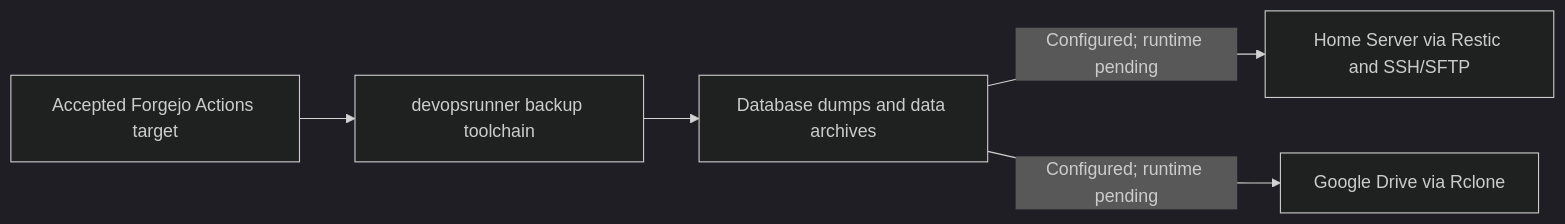
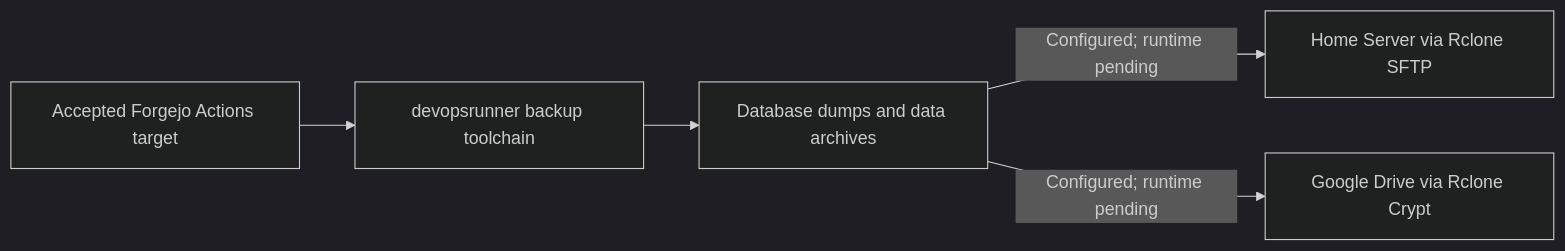
One commit to yongxinL/servicehub changed the seventh of 7 diagrams in docs/architecture/DATA-FLOW.md. Above: the diagram before and after it, drawn with Mermaid (dark theme). The commit also changed other lines of this file and 10 other files, not shown here.

Commit message:
docs(backup): revise ADR-007 to Rclone-only dual-target replication and purge Restic from docs

````diff
--- a/docs/architecture/DATA-FLOW.md
+++ b/docs/architecture/DATA-FLOW.md
@@ -158,7 +158,7 @@
 ```mermaid
 flowchart LR
     W[Accepted Forgejo Actions target] --> B[devopsrunner backup toolchain]
     B --> D[Database dumps and data archives]
-    D -->|Configured; runtime pending| H[Home Server via Restic and SSH/SFTP]
-    D -->|Configured; runtime pending| G[Google Drive via Rclone]
+    D -->|Configured; runtime pending| H[Home Server via Rclone SFTP]
+    D -->|Configured; runtime pending| G[Google Drive via Rclone Crypt]
 ```
````
